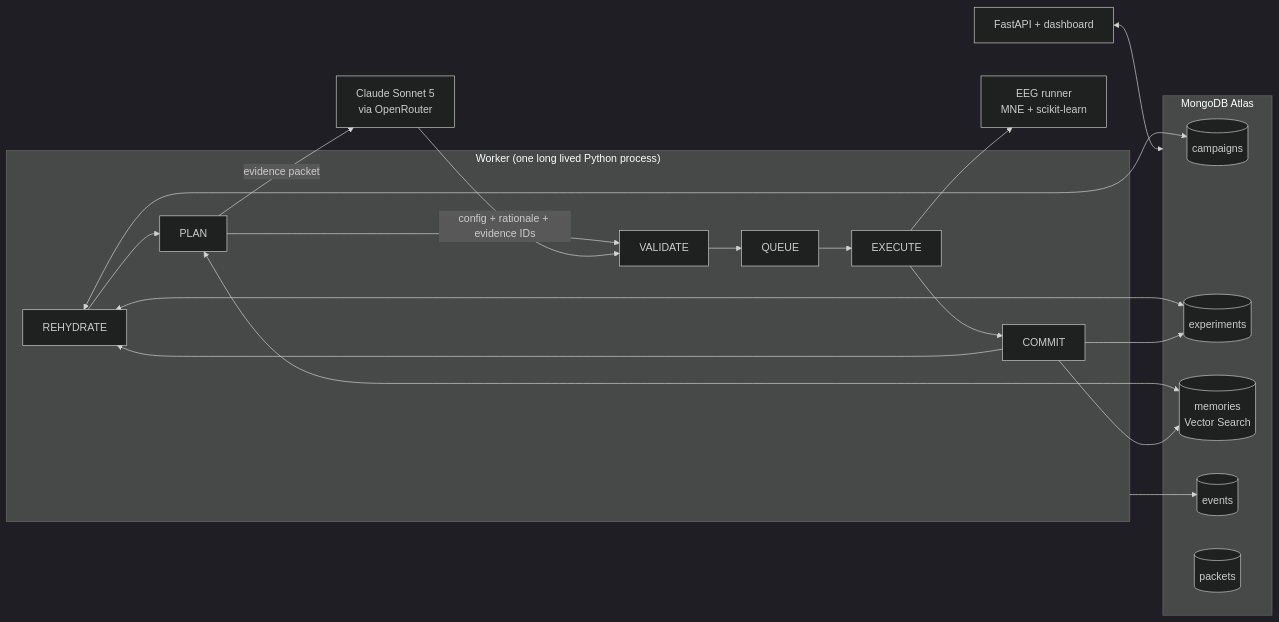
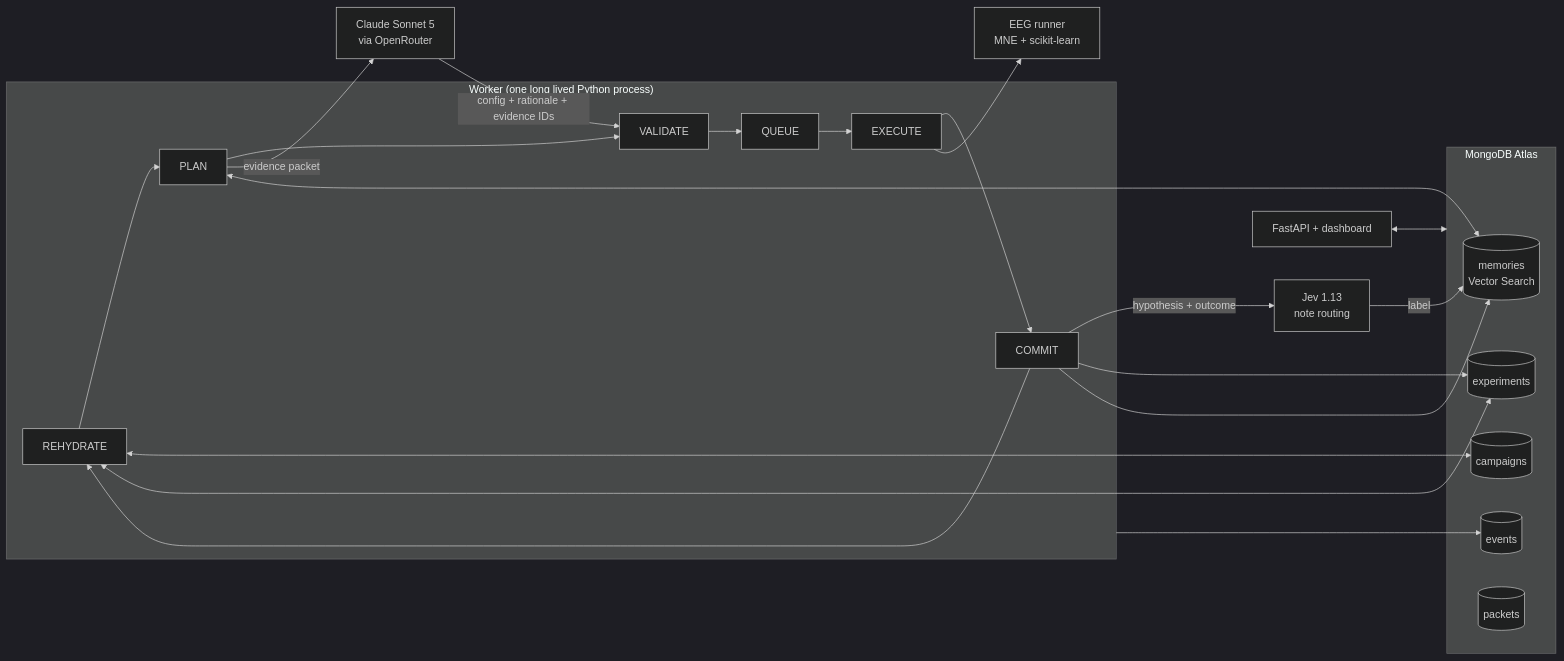
Before and after one commit to uyqv/MongoDB-Hackathon: the diagram in README.md, drawn with Mermaid (dark theme). The commit also changed other lines of this file, not shown here.

Commit message:
README: packet contents and Jev in the architecture diagram

````diff
--- a/README.md
+++ b/README.md
@@ -55,23 +55,25 @@
 ```mermaid
 flowchart LR
     subgraph Worker["Worker (one long lived Python process)"]
         R[REHYDRATE] --> P[PLAN] --> V[VALIDATE] --> Q[QUEUE] --> E[EXECUTE] --> C[COMMIT] --> R
     end
     P -- evidence packet --> LLM[Claude Sonnet 5<br/>via OpenRouter]
     LLM -- config + rationale + evidence IDs --> V
     E --> EEG[EEG runner<br/>MNE + scikit-learn]
+    C -- hypothesis + outcome --> JEV[Jev 1.13<br/>note routing]
+    JEV -- label --> memories
     subgraph Atlas["MongoDB Atlas"]
         campaigns[(campaigns)]
         experiments[(experiments)]
         memories[(memories<br/>Vector Search)]
         events[(events)]
         packets[(packets)]
     end
     R <--> campaigns
     R <--> experiments
     P <--> memories
     C --> experiments
     C --> memories
     Worker --> events
     API[FastAPI + dashboard] <--> Atlas
 ```
````
